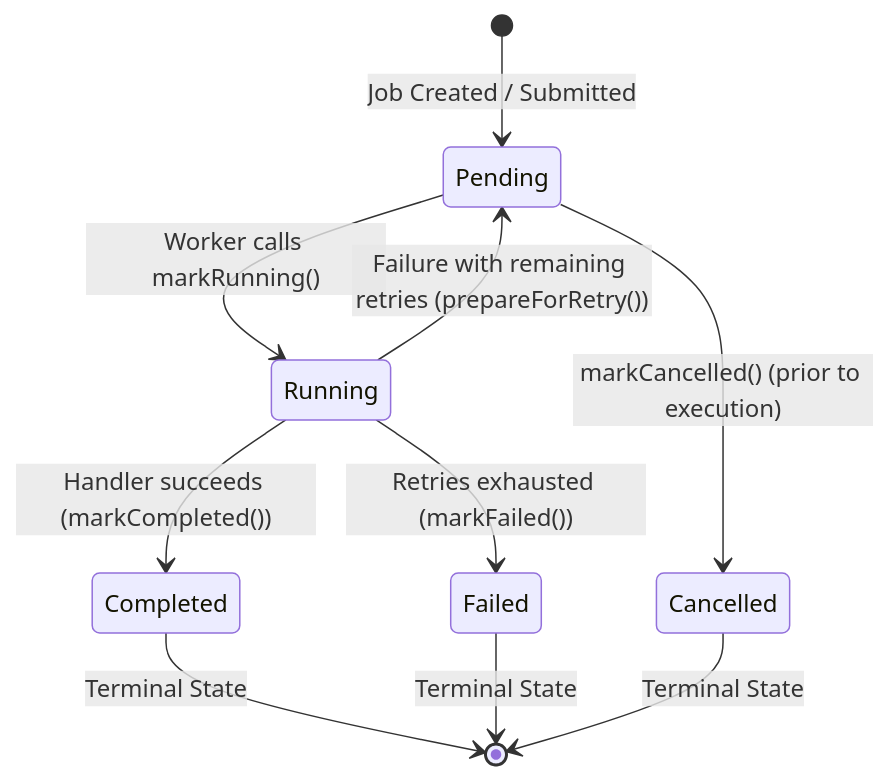
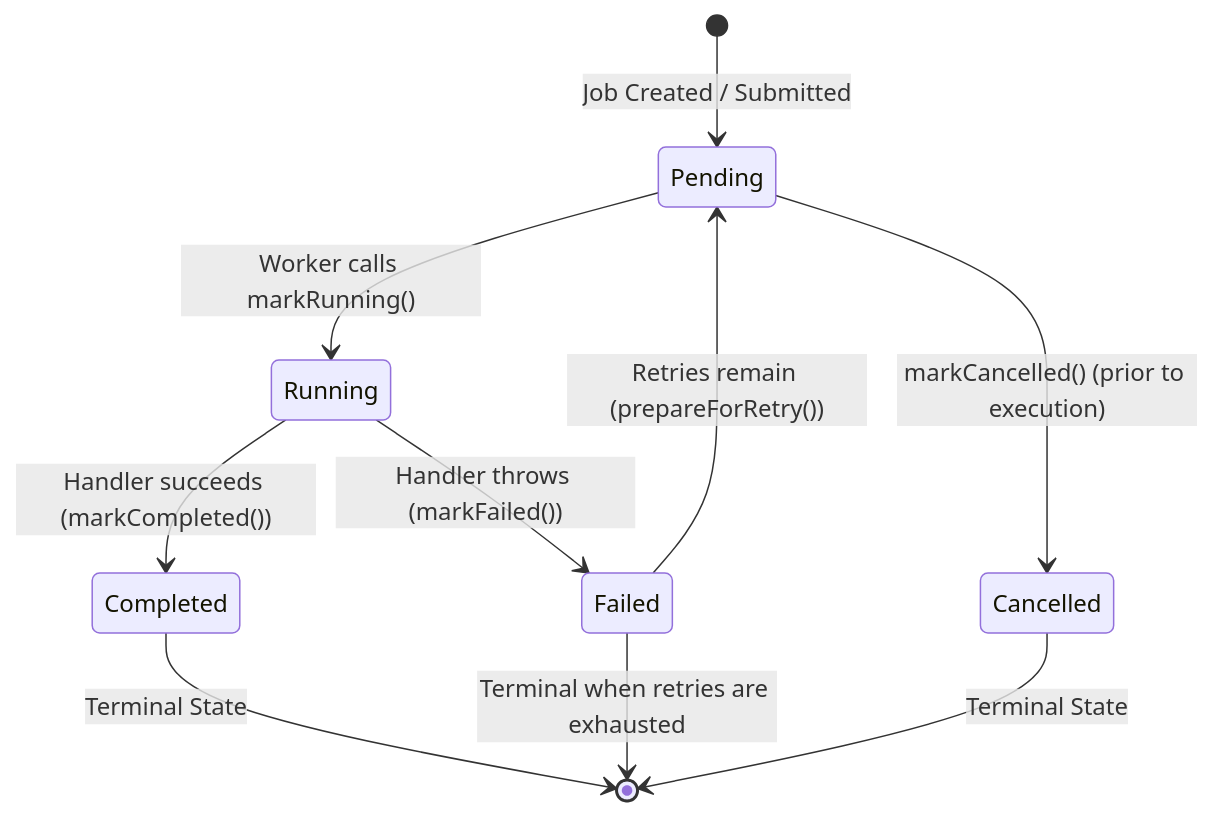
Before and after one commit to chaten99/JobQ: the diagram in docs/job-lifecycle.md, drawn with Mermaid. The commit also changed other lines of this file and 18 other files, not shown here.

````diff
--- a/docs/job-lifecycle.md
+++ b/docs/job-lifecycle.md
@@ -11,15 +11,15 @@
 ```mermaid
 stateDiagram-v2
     [*] --> Pending : Job Created / Submitted
 
     Pending --> Running : Worker calls markRunning()
     Pending --> Cancelled : markCancelled() (prior to execution)
 
     Running --> Completed : Handler succeeds (markCompleted())
-    Running --> Failed : Retries exhausted (markFailed())
-    Running --> Pending : Failure with remaining retries (prepareForRetry())
+    Running --> Failed : Handler throws (markFailed())
+    Failed --> Pending : Retries remain (prepareForRetry())
 
     Completed --> [*] : Terminal State
-    Failed --> [*] : Terminal State
+    Failed --> [*] : Terminal when retries are exhausted
     Cancelled --> [*] : Terminal State
 ```
````
